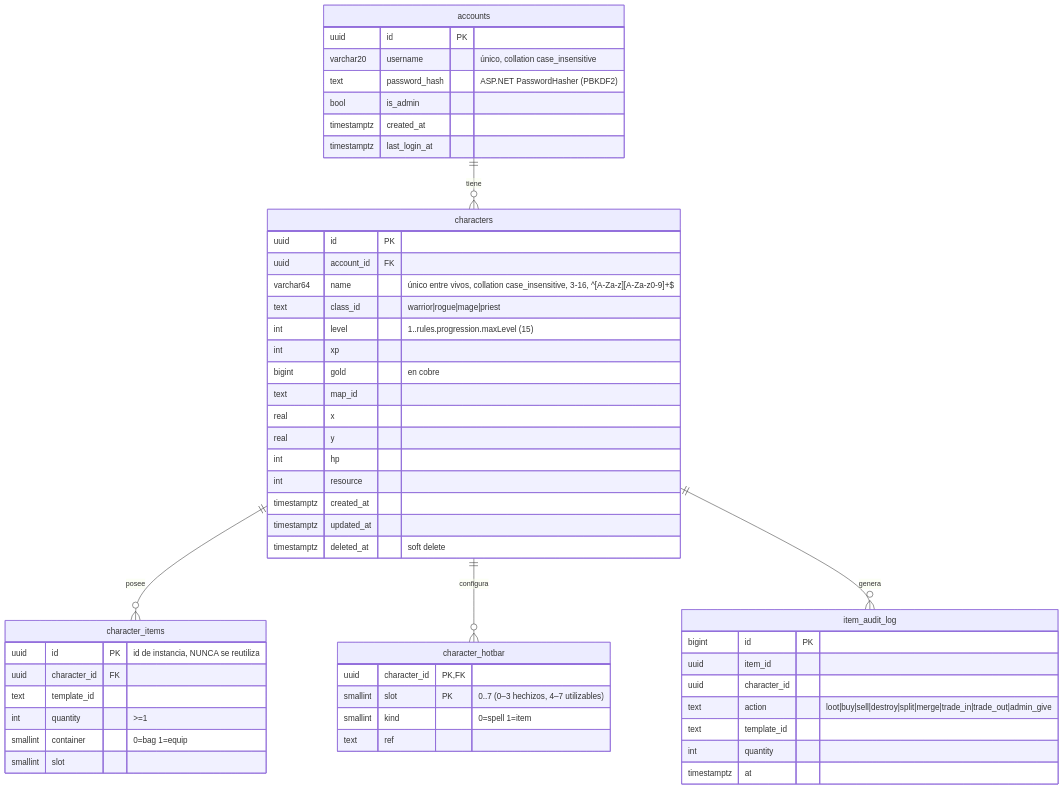
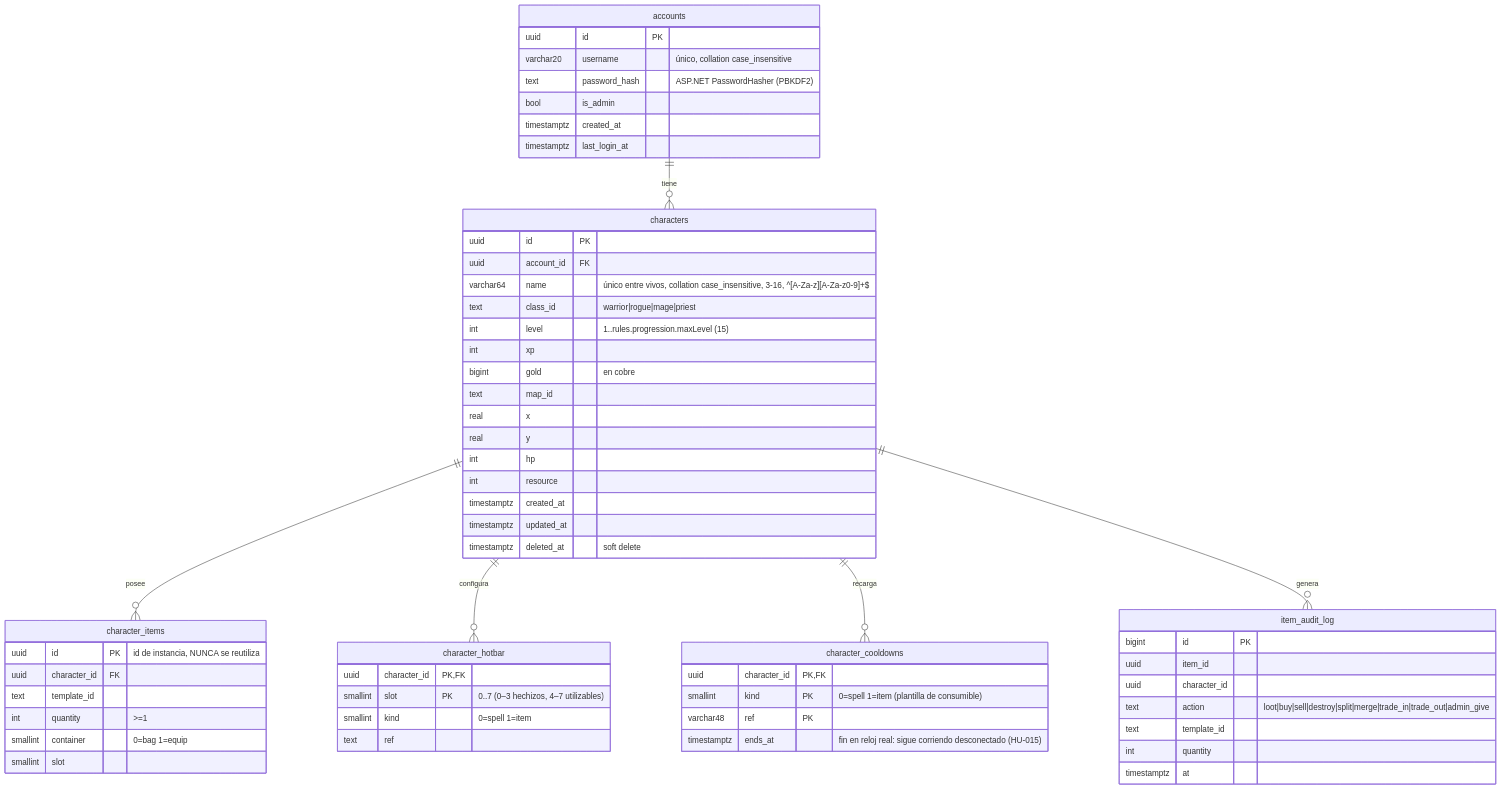
Before and after one commit to Seem1019/PixelRealms: the diagram in docs/database.md, drawn with Mermaid. The commit also changed 13 other files, not shown here.

First line of the commit message:
feat(persistence): keep spell and item cooldowns across logout (HU-015)

````diff
--- a/docs/database.md
+++ b/docs/database.md
@@ -7,55 +7,62 @@
 ```mermaid
 erDiagram
   accounts ||--o{ characters : tiene
   characters ||--o{ character_items : posee
   characters ||--o{ character_hotbar : configura
+  characters ||--o{ character_cooldowns : recarga
   characters ||--o{ item_audit_log : genera
   accounts {
     uuid id PK
     varchar20 username "único, collation case_insensitive"
     text password_hash "ASP.NET PasswordHasher (PBKDF2)"
     bool is_admin
     timestamptz created_at
     timestamptz last_login_at
   }
   characters {
     uuid id PK
     uuid account_id FK
     varchar64 name "único entre vivos, collation case_insensitive, 3-16, ^[A-Za-z][A-Za-z0-9]+$"
     text class_id "warrior|rogue|mage|priest"
     int level "1..rules.progression.maxLevel (15)"
     int xp
     bigint gold "en cobre"
     text map_id
     real x
     real y
     int hp
     int resource
     timestamptz created_at
     timestamptz updated_at
     timestamptz deleted_at "soft delete"
   }
   character_items {
     uuid id PK "id de instancia, NUNCA se reutiliza"
     uuid character_id FK
     text template_id
     int quantity ">=1"
     smallint container "0=bag 1=equip"
     smallint slot
   }
   character_hotbar {
     uuid character_id PK,FK
     smallint slot PK "0..7 (0–3 hechizos, 4–7 utilizables)"
     smallint kind "0=spell 1=item"
     text ref
   }
+  character_cooldowns {
+    uuid character_id PK,FK
+    smallint kind PK "0=spell 1=item (plantilla de consumible)"
+    varchar48 ref PK
+    timestamptz ends_at "fin en reloj real: sigue corriendo desconectado (HU-015)"
+  }
   item_audit_log {
     bigint id PK
     uuid item_id
     uuid character_id
     text action "loot|buy|sell|destroy|split|merge|trade_in|trade_out|admin_give"
     text template_id
     int quantity
     timestamptz at
   }
 ```
````
